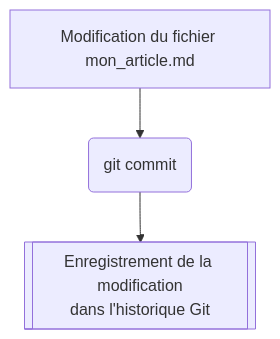
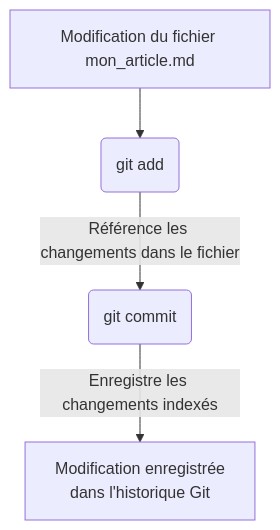
The first of 2 diagrams in internal/git_hooks_precommit.md (geotribu/site-contribuer), drawn with Mermaid before and after one commit. The commit also changed other lines of this file, not shown here.

Commit message:
Améliore les schémas

````diff
--- a/internal/git_hooks_precommit.md
+++ b/internal/git_hooks_precommit.md
@@ -48,6 +52,7 @@
 ```mermaid
 flowchart TD
     A[Modification du fichier mon_article.md] --> B
-    B(git commit) --> C
-    C[[Enregistrement de la modification\ndans l'historique Git]]
+    B(git add) --> |Référence les changements dans le fichier| C
+    C(git commit) --> |Enregistre les changements indexés| D
+    D[Modification enregistrée\ndans l'historique Git]
 ```
````
